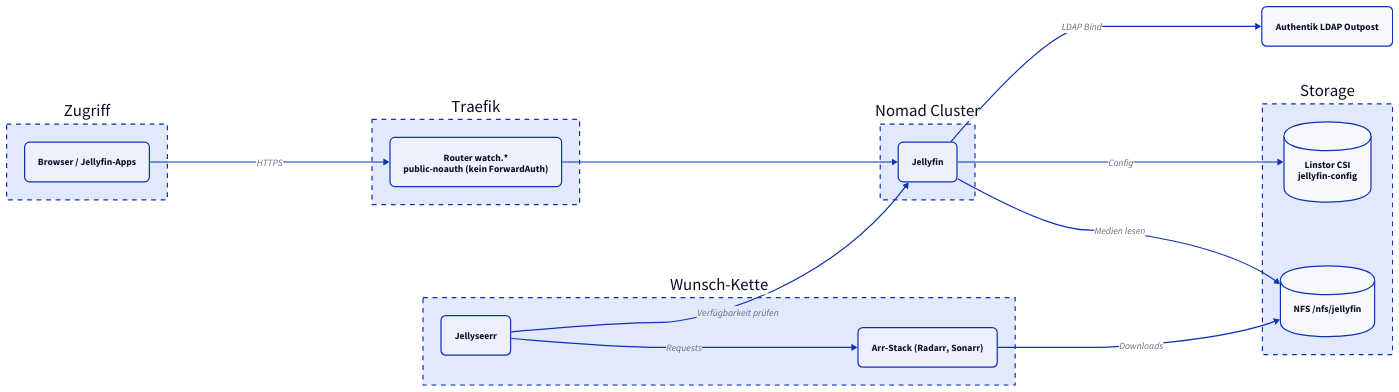
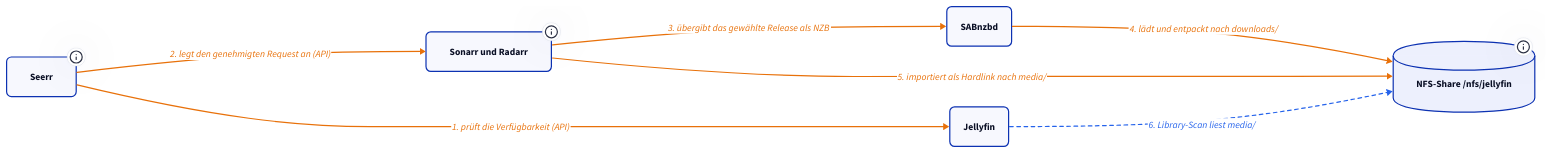
The second of 2 diagrams in docs/medien/jellyfin/index.md (derever-labs/homelab-wiki), drawn with D2 before and after one commit. The commit also changed other lines of this file, not shown here.

First line of the commit message:
docs(jellyfin): Stream-Pfad und Medien-Ankunft als Szenarien (#134)

````diff
--- a/docs/medien/jellyfin/index.md
+++ b/docs/medien/jellyfin/index.md
@@ -34,41 +115,35 @@
 ```d2
+classes: {
+  node: { style: { border-radius: 8 } }
+  container: { style: { border-radius: 8; stroke-dash: 4 } }
+  data: { shape: cylinder; style: { border-radius: 8 } }
+  kette: { style: { stroke: "#e8710a"; font-color: "#e8710a" } }
+  scan: { style: { stroke: "#2563eb"; font-color: "#2563eb"; stroke-dash: 3 } }
+}
+
 direction: right
 
-Clients: Zugriff {
-  style.stroke-dash: 4
-  USER: "Browser / Jellyfin-Apps" { style.border-radius: 8 }
+seerr: Seerr {
+  class: node
+  tooltip: "Wunschliste wish.ackermannprivat.ch -- Familie und Gäste"
+}
+arr: Sonarr und Radarr {
+  class: node
+  tooltip: "suchen das Release über die Prowlarr-Indexer -- vollständige Kette auf der Medien-Übersicht"
+}
+sab: SABnzbd { class: node }
+
+nas: NFS-Share /nfs/jellyfin {
+  class: data
+  tooltip: "downloads/ und media/ auf demselben Share -- der Import ist ein Hardlink, keine Kopie"
 }
 
-Traefik: Traefik {
-  style.stroke-dash: 4
-  R: "Router watch.*\npublic-noauth (kein ForwardAuth)" { style.border-radius: 8 }
-}
+jf: Jellyfin { class: node }
 
-Nomad: Nomad Cluster {
-  style.stroke-dash: 4
-  JF: Jellyfin { style.border-radius: 8 }
-}
-
-LDAP: "Authentik LDAP Outpost" { style.border-radius: 8 }
-
-Storage: Storage {
-  style.stroke-dash: 4
-  CSI: "Linstor CSI\njellyfin-config" { shape: cylinder }
-  NFS: "NFS /nfs/jellyfin" { shape: cylinder }
-}
-
-Wunsch: Wunsch-Kette {
-  style.stroke-dash: 4
-  JS: Jellyseerr { style.border-radius: 8 }
-  ARR: "Arr-Stack (Radarr, Sonarr)" { style.border-radius: 8 }
-}
-
-Clients.USER -> Traefik.R: HTTPS
-Traefik.R -> Nomad.JF
-Nomad.JF -> LDAP: LDAP Bind
-Nomad.JF -> Storage.CSI: Config
-Nomad.JF -> Storage.NFS: Medien lesen
-Wunsch.JS -> Nomad.JF: "Verfügbarkeit prüfen"
-Wunsch.JS -> Wunsch.ARR: Requests
-Wunsch.ARR -> Storage.NFS: Downloads
+seerr -> jf: "1. prüft die Verfügbarkeit (API)" { class: kette }
+seerr -> arr: "2. legt den genehmigten Request an (API)" { class: kette }
+arr -> sab: "3. übergibt das gewählte Release als NZB" { class: kette }
+sab -> nas: "4. lädt und entpackt nach downloads/" { class: kette }
+arr -> nas: "5. importiert als Hardlink nach media/" { class: kette }
+jf -> nas: "6. Library-Scan liest media/" { class: scan }
 ```
````
